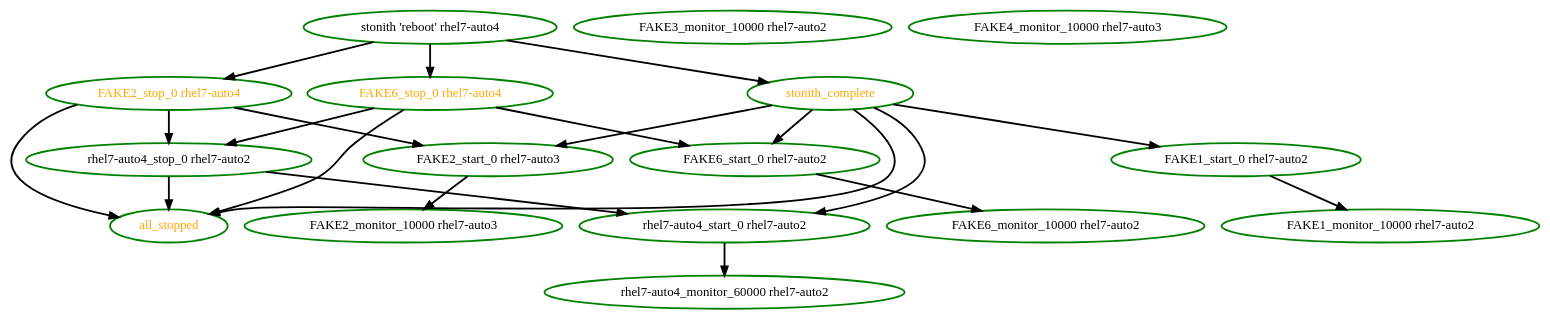
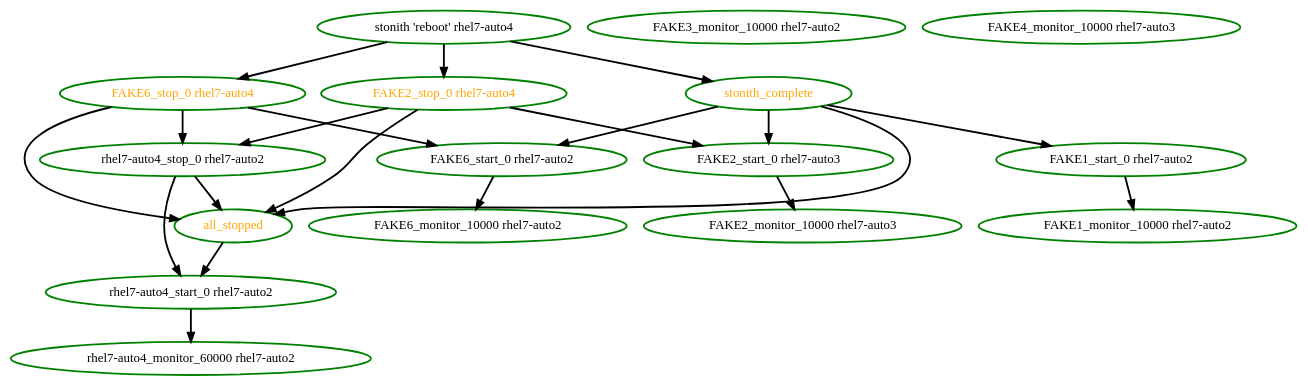
One commit to ClusterLabs/pacemaker changed the diagram in pengine/test10/remote-recover-fail.dot. Above: the diagram before and after it, drawn with Graphviz. The commit also changed 47 other files, not shown here.

```diff
--- a/pengine/test10/remote-recover-fail.dot
+++ b/pengine/test10/remote-recover-fail.dot
@@ -1,38 +1,38 @@
  digraph "g" {
 "FAKE1_monitor_10000 rhel7-auto2" [ style=bold color="green" fontcolor="black"]
 "FAKE1_start_0 rhel7-auto2" -> "FAKE1_monitor_10000 rhel7-auto2" [ style = bold]
 "FAKE1_start_0 rhel7-auto2" [ style=bold color="green" fontcolor="black"]
 "FAKE2_monitor_10000 rhel7-auto3" [ style=bold color="green" fontcolor="black"]
 "FAKE2_start_0 rhel7-auto3" -> "FAKE2_monitor_10000 rhel7-auto3" [ style = bold]
 "FAKE2_start_0 rhel7-auto3" [ style=bold color="green" fontcolor="black"]
 "FAKE2_stop_0 rhel7-auto4" -> "FAKE2_start_0 rhel7-auto3" [ style = bold]
 "FAKE2_stop_0 rhel7-auto4" -> "all_stopped" [ style = bold]
 "FAKE2_stop_0 rhel7-auto4" -> "rhel7-auto4_stop_0 rhel7-auto2" [ style = bold]
 "FAKE2_stop_0 rhel7-auto4" [ style=bold color="green" fontcolor="orange"]
 "FAKE3_monitor_10000 rhel7-auto2" [ style=bold color="green" fontcolor="black"]
 "FAKE4_monitor_10000 rhel7-auto3" [ style=bold color="green" fontcolor="black"]
 "FAKE6_monitor_10000 rhel7-auto2" [ style=bold color="green" fontcolor="black"]
 "FAKE6_start_0 rhel7-auto2" -> "FAKE6_monitor_10000 rhel7-auto2" [ style = bold]
 "FAKE6_start_0 rhel7-auto2" [ style=bold color="green" fontcolor="black"]
 "FAKE6_stop_0 rhel7-auto4" -> "FAKE6_start_0 rhel7-auto2" [ style = bold]
 "FAKE6_stop_0 rhel7-auto4" -> "all_stopped" [ style = bold]
 "FAKE6_stop_0 rhel7-auto4" -> "rhel7-auto4_stop_0 rhel7-auto2" [ style = bold]
 "FAKE6_stop_0 rhel7-auto4" [ style=bold color="green" fontcolor="orange"]
+"all_stopped" -> "rhel7-auto4_start_0 rhel7-auto2" [ style = bold]
 "all_stopped" [ style=bold color="green" fontcolor="orange"]
 "rhel7-auto4_monitor_60000 rhel7-auto2" [ style=bold color="green" fontcolor="black"]
 "rhel7-auto4_start_0 rhel7-auto2" -> "rhel7-auto4_monitor_60000 rhel7-auto2" [ style = bold]
 "rhel7-auto4_start_0 rhel7-auto2" [ style=bold color="green" fontcolor="black"]
 "rhel7-auto4_stop_0 rhel7-auto2" -> "all_stopped" [ style = bold]
 "rhel7-auto4_stop_0 rhel7-auto2" -> "rhel7-auto4_start_0 rhel7-auto2" [ style = bold]
 "rhel7-auto4_stop_0 rhel7-auto2" [ style=bold color="green" fontcolor="black"]
 "stonith 'reboot' rhel7-auto4" -> "FAKE2_stop_0 rhel7-auto4" [ style = bold]
 "stonith 'reboot' rhel7-auto4" -> "FAKE6_stop_0 rhel7-auto4" [ style = bold]
 "stonith 'reboot' rhel7-auto4" -> "stonith_complete" [ style = bold]
 "stonith 'reboot' rhel7-auto4" [ style=bold color="green" fontcolor="black"]
 "stonith_complete" -> "FAKE1_start_0 rhel7-auto2" [ style = bold]
 "stonith_complete" -> "FAKE2_start_0 rhel7-auto3" [ style = bold]
 "stonith_complete" -> "FAKE6_start_0 rhel7-auto2" [ style = bold]
 "stonith_complete" -> "all_stopped" [ style = bold]
-"stonith_complete" -> "rhel7-auto4_start_0 rhel7-auto2" [ style = bold]
 "stonith_complete" [ style=bold color="green" fontcolor="orange"]
 }
```
